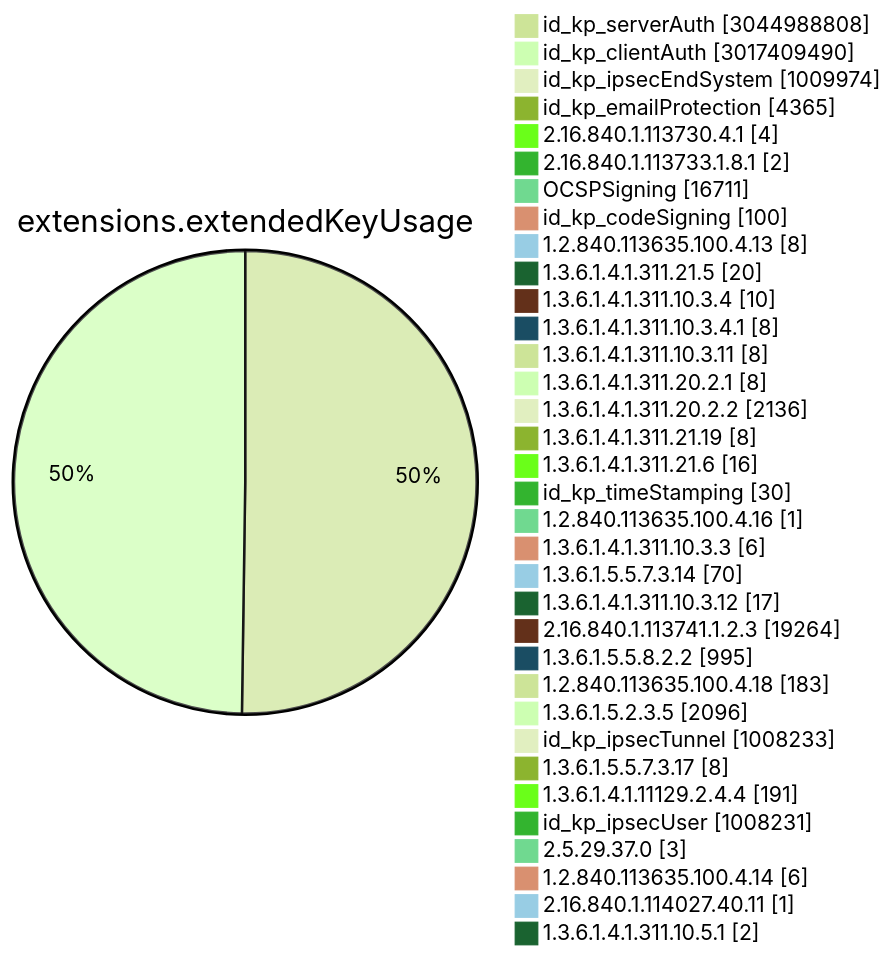
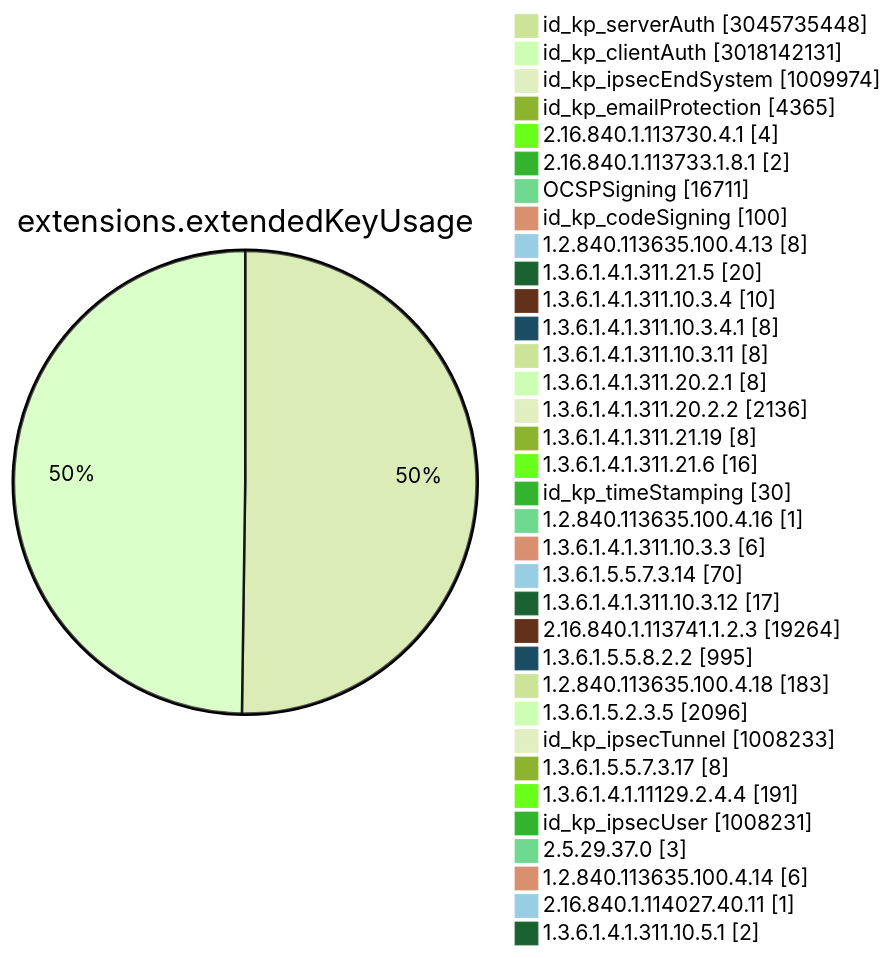
One commit to christiankrug/ctmonitor_visualization changed diagram 11 of 15 in TOTAL/README.md. Above: the diagram before and after it, drawn with Mermaid (forest theme). The commit also changed other lines of this file, not shown here.

````diff
--- a/TOTAL/README.md
+++ b/TOTAL/README.md
@@ -4116,38 +4116,38 @@
 ```mermaid
 pie showData
 title extensions.extendedKeyUsage
-"id_kp_serverAuth" :3044988808
-"id_kp_clientAuth" :3017409490
+"id_kp_serverAuth" :3045735448
+"id_kp_clientAuth" :3018142131
 "id_kp_ipsecEndSystem" :1009974
 "id_kp_emailProtection" :4365
 "2.16.840.1.113730.4.1" :4
 "2.16.840.1.113733.1.8.1" :2
 "OCSPSigning" :16711
 "id_kp_codeSigning" :100
 "1.2.840.113635.100.4.13" :8
 "1.3.6.1.4.1.311.21.5" :20
 "1.3.6.1.4.1.311.10.3.4" :10
 "1.3.6.1.4.1.311.10.3.4.1" :8
 "1.3.6.1.4.1.311.10.3.11" :8
 "1.3.6.1.4.1.311.20.2.1" :8
 "1.3.6.1.4.1.311.20.2.2" :2136
 "1.3.6.1.4.1.311.21.19" :8
 "1.3.6.1.4.1.311.21.6" :16
 "id_kp_timeStamping" :30
 "1.2.840.113635.100.4.16" :1
 "1.3.6.1.4.1.311.10.3.3" :6
 "1.3.6.1.5.5.7.3.14" :70
 "1.3.6.1.4.1.311.10.3.12" :17
 "2.16.840.1.113741.1.2.3" :19264
 "1.3.6.1.5.5.8.2.2" :995
 "1.2.840.113635.100.4.18" :183
 "1.3.6.1.5.2.3.5" :2096
 "id_kp_ipsecTunnel" :1008233
 "1.3.6.1.5.5.7.3.17" :8
 "1.3.6.1.4.1.11129.2.4.4" :191
 "id_kp_ipsecUser" :1008231
 "2.5.29.37.0" :3
 "1.2.840.113635.100.4.14" :6
 "2.16.840.1.114027.40.11" :1
 "1.3.6.1.4.1.311.10.5.1" :2
 ```
````
